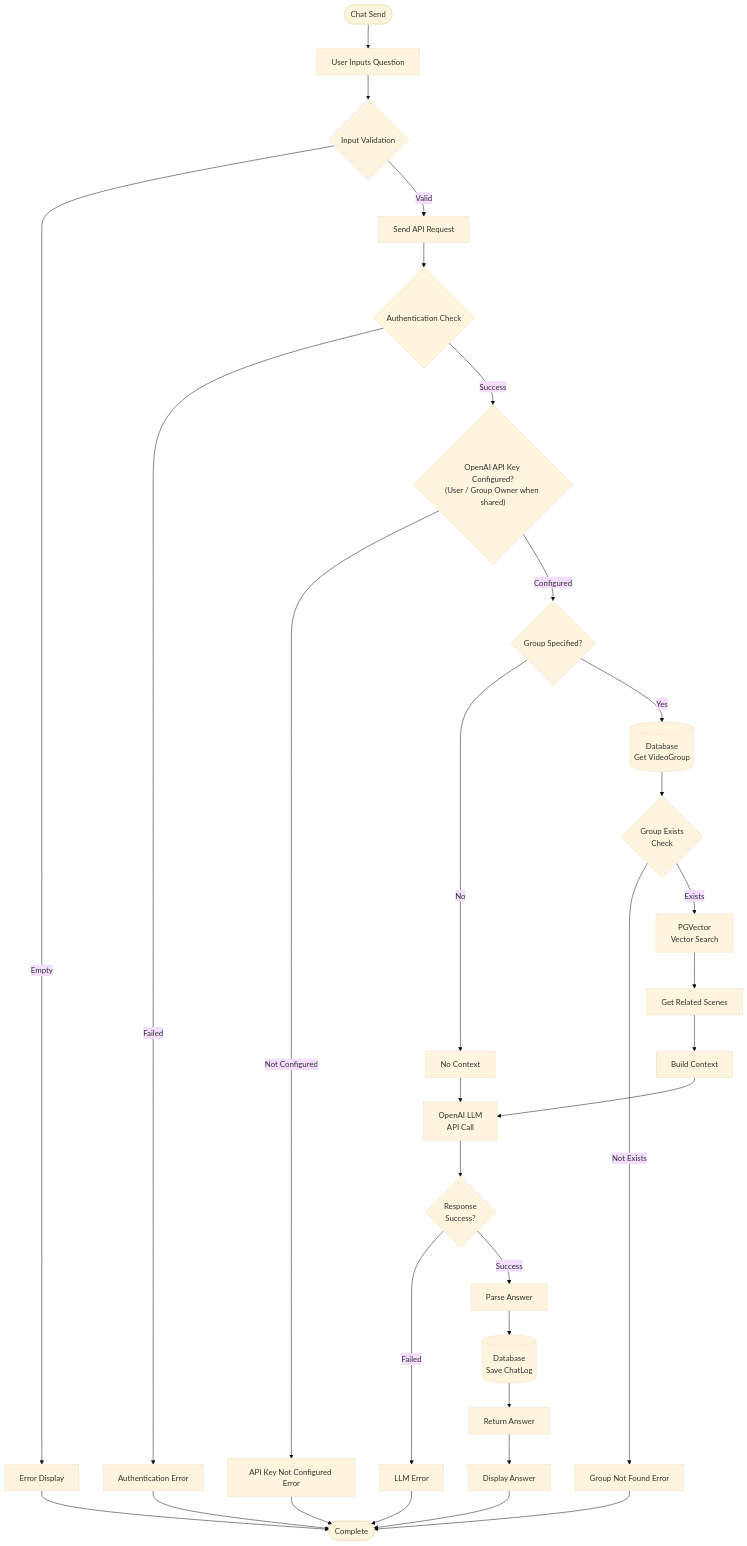
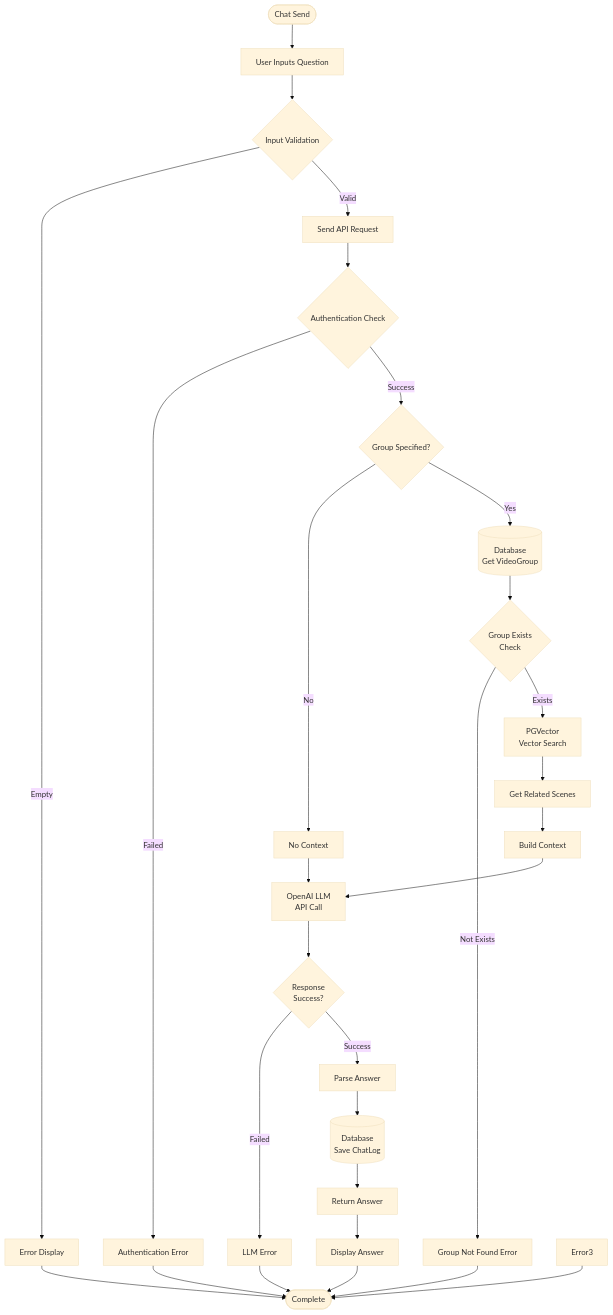
The second of 6 diagrams in docs/architecture/flowchart.md (yukiharada1228/videoq), drawn with Mermaid (base theme) before and after one commit. The commit also changed other lines of this file and 11 other files, not shown here.

````diff
--- a/docs/architecture/flowchart.md
+++ b/docs/architecture/flowchart.md
@@ -62,34 +60,32 @@
 ```mermaid
 flowchart TD
     Start([Chat Send]) --> Input[User Inputs Question]
     Input --> Validate1{Input Validation}
     Validate1 -->|Empty| Error1[Error Display]
     Validate1 -->|Valid| Send[Send API Request]
     Send --> Auth{Authentication Check}
     Auth -->|Failed| Error2[Authentication Error]
-    Auth -->|Success| CheckAPIKey{"OpenAI API Key Configured?<br>(User / Group Owner when shared)"}
-    CheckAPIKey -->|Not Configured| Error3[API Key Not Configured Error]
-    CheckAPIKey -->|Configured| CheckGroup{Group Specified?}
+    Auth -->|Success| CheckGroup{Group Specified?}
     CheckGroup -->|No| NoContext[No Context]
     CheckGroup -->|Yes| GetGroup[(Database<br/>Get VideoGroup)]
     GetGroup --> ValidateGroup{"Group Exists<br>Check"}
     ValidateGroup -->|Not Exists| Error4[Group Not Found Error]
     ValidateGroup -->|Exists| VectorSearch[PGVector<br/>Vector Search]
     VectorSearch --> GetScenes[Get Related Scenes]
     GetScenes --> BuildContext[Build Context]
     BuildContext --> CallLLM[OpenAI LLM<br/>API Call]
     NoContext --> CallLLM
     CallLLM --> CheckResponse{"Response<br>Success?"}
     CheckResponse -->|Failed| Error5[LLM Error]
     CheckResponse -->|Success| ParseAnswer[Parse Answer]
     ParseAnswer --> SaveLog[(Database<br/>Save ChatLog)]
     SaveLog --> ReturnAnswer[Return Answer]
     ReturnAnswer --> Display[Display Answer]
     Display --> End([Complete])
     
     Error1 --> End
     Error2 --> End
     Error3 --> End
     Error4 --> End
     Error5 --> End
 ```
````
